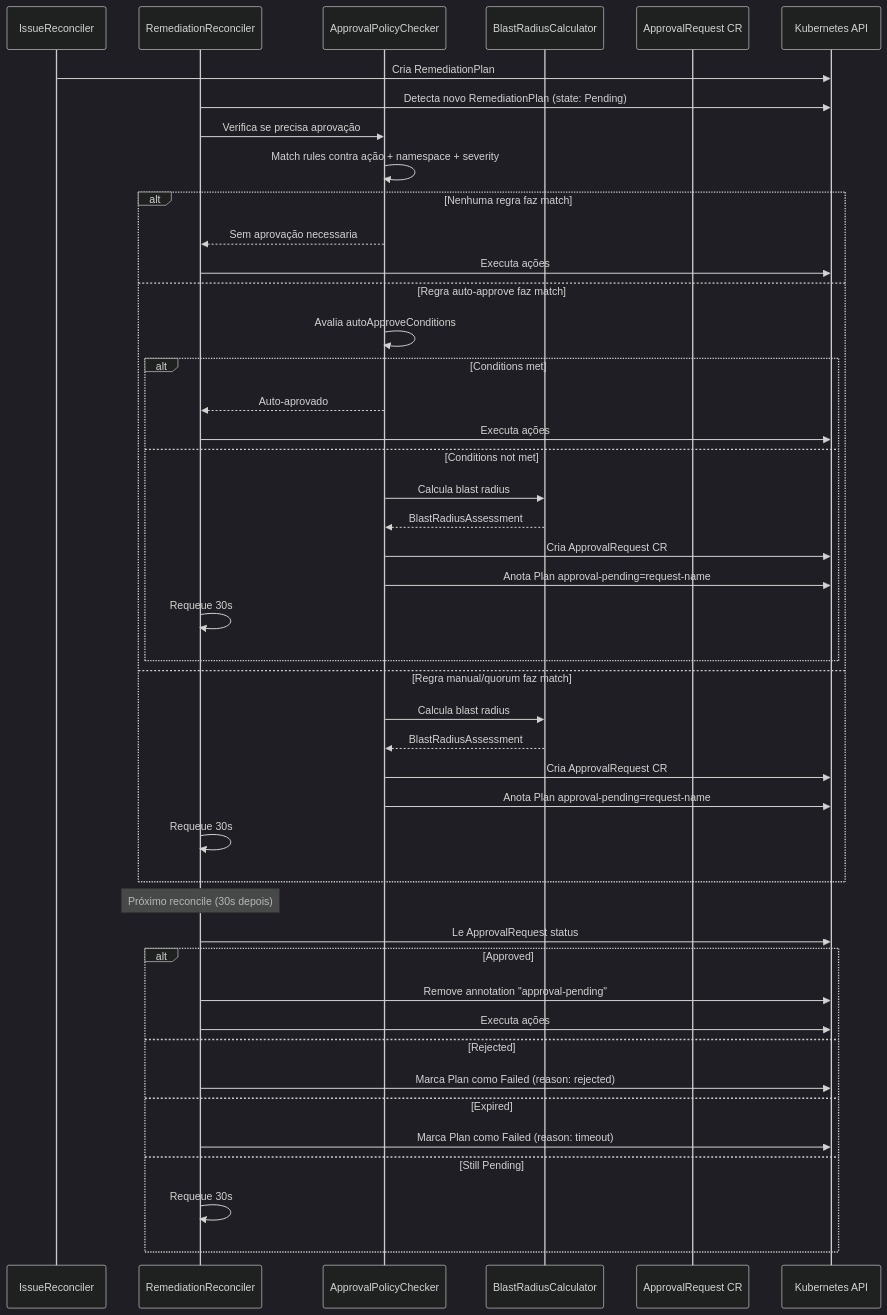
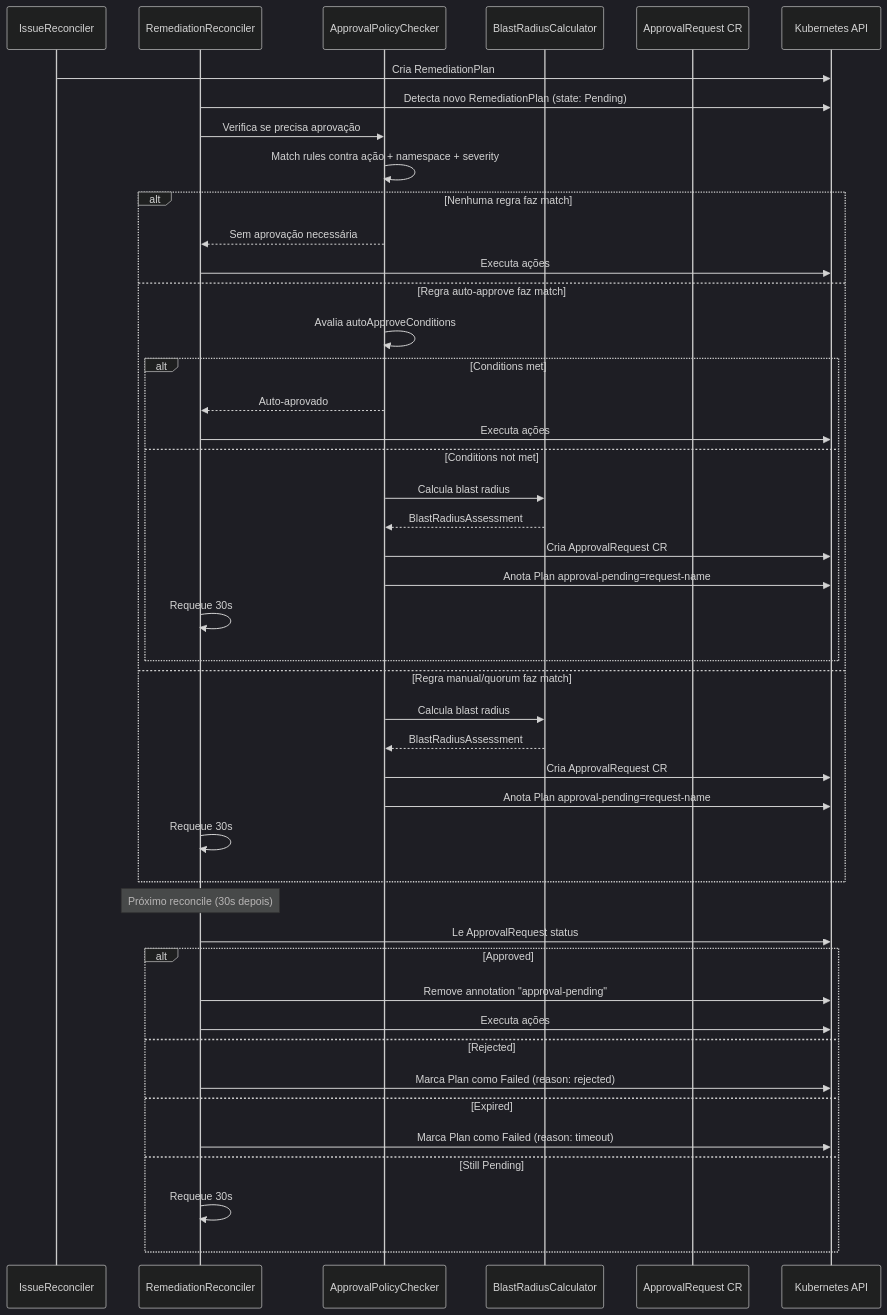
The third of 3 diagrams in features/aiops/approval-workflow.mdx (diillson/chatcli.ai), drawn with Mermaid (dark theme) before and after one commit. The commit also changed other lines of this file and 97 other files, not shown here.

````diff
--- a/features/aiops/approval-workflow.mdx
+++ b/features/aiops/approval-workflow.mdx
@@ -427,50 +427,50 @@
 ```mermaid
 sequenceDiagram
     participant IR as IssueReconciler
     participant RR as RemediationReconciler
     participant APC as ApprovalPolicyChecker
     participant BRC as BlastRadiusCalculator
     participant AReq as ApprovalRequest CR
     participant K8s as Kubernetes API
 
     IR->>K8s: Cria RemediationPlan
     RR->>K8s: Detecta novo RemediationPlan (state: Pending)
     RR->>APC: Verifica se precisa aprovação
     APC->>APC: Match rules contra ação + namespace + severity
 
     alt Nenhuma regra faz match
-        APC-->>RR: Sem aprovação necessaria
+        APC-->>RR: Sem aprovação necessária
         RR->>K8s: Executa ações
     else Regra auto-approve faz match
         APC->>APC: Avalia autoApproveConditions
         alt Conditions met
             APC-->>RR: Auto-aprovado
             RR->>K8s: Executa ações
         else Conditions not met
             APC->>BRC: Calcula blast radius
             BRC-->>APC: BlastRadiusAssessment
             APC->>K8s: Cria ApprovalRequest CR
             APC->>K8s: Anota Plan approval-pending=request-name
             RR->>RR: Requeue 30s
         end
     else Regra manual/quorum faz match
         APC->>BRC: Calcula blast radius
         BRC-->>APC: BlastRadiusAssessment
         APC->>K8s: Cria ApprovalRequest CR
         APC->>K8s: Anota Plan approval-pending=request-name
         RR->>RR: Requeue 30s
     end
 
     Note over RR: Próximo reconcile (30s depois)
     RR->>K8s: Le ApprovalRequest status
     alt Approved
         RR->>K8s: Remove annotation "approval-pending"
         RR->>K8s: Executa ações
     else Rejected
         RR->>K8s: Marca Plan como Failed (reason: rejected)
     else Expired
         RR->>K8s: Marca Plan como Failed (reason: timeout)
     else Still Pending
         RR->>RR: Requeue 30s
     end
 ```
````
